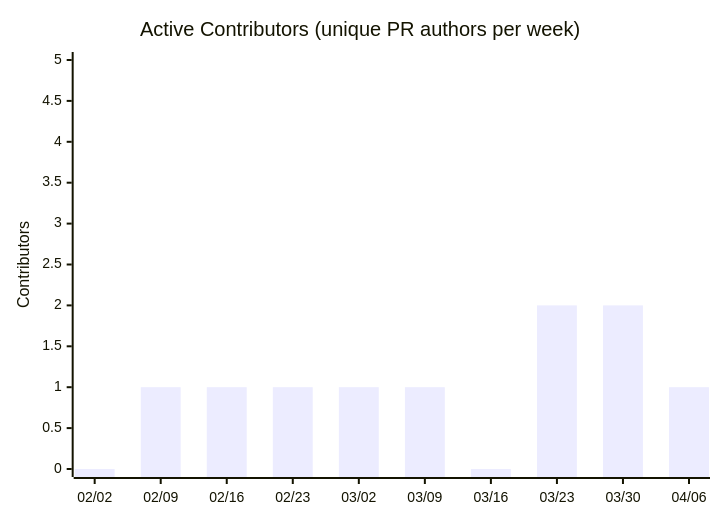
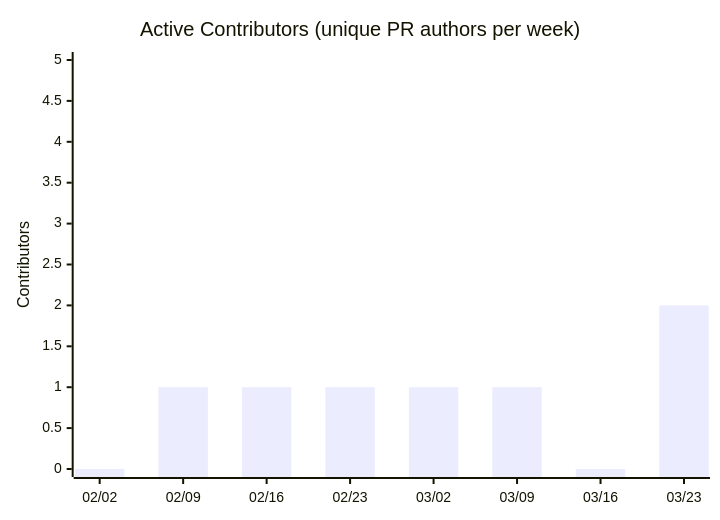
Before and after one commit to nablarch/nabledge-dev: the seventh of 14 diagrams in docs/metrics.md, drawn with Mermaid. The commit also changed other lines of this file and 1 other file, not shown here.

````diff
--- a/docs/metrics.md
+++ b/docs/metrics.md
@@ -109,7 +109,7 @@
 ```mermaid
 xychart-beta
   title "Active Contributors (unique PR authors per week)"
-  x-axis ["02/02", "02/09", "02/16", "02/23", "03/02", "03/09", "03/16", "03/23", "03/30", "04/06"]
+  x-axis ["02/02", "02/09", "02/16", "02/23", "03/02", "03/09", "03/16", "03/23"]
   y-axis "Contributors" 0 --> 5
-  bar [0, 1, 1, 1, 1, 1, 0, 2, 2, 1]
+  bar [0, 1, 1, 1, 1, 1, 0, 2]
 ```
````
